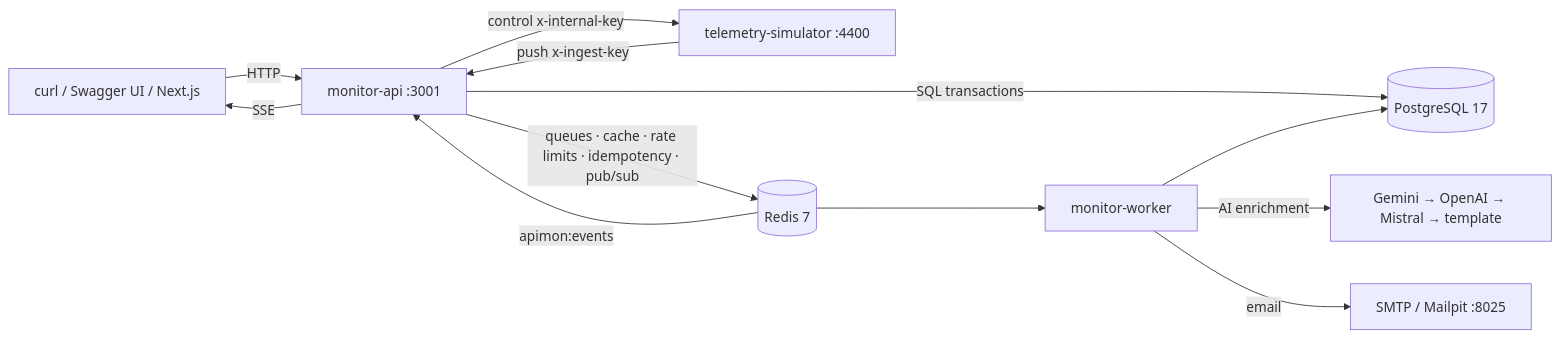
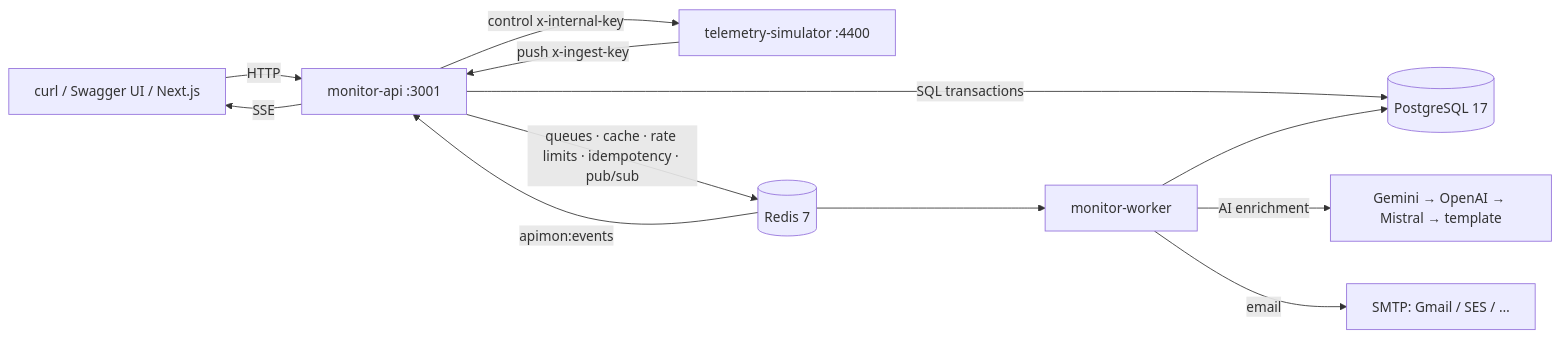
One commit to rimu-7/Intelligent-API-Monitor changed the first of 2 diagrams in README.md. Above: the diagram before and after it, drawn with Mermaid. The commit also changed other lines of this file and 15 other files, not shown here.

First line of the commit message:
chore(email): remove Mailpit; make email opt-in with a real SMTP server

````diff
--- a/README.md
+++ b/README.md
@@ -28,14 +28,14 @@
 ```mermaid
 flowchart LR
   client[curl / Swagger UI / Next.js] -->|HTTP| api[monitor-api :3001]
   sim[telemetry-simulator :4400] -->|push x-ingest-key| api
   api -->|control x-internal-key| sim
   api -->|SQL transactions| pg[(PostgreSQL 17)]
   api -->|queues · cache · rate limits · idempotency · pub/sub| redis[(Redis 7)]
   redis --> worker[monitor-worker]
   worker --> pg
   worker -->|AI enrichment| llm[Gemini → OpenAI → Mistral → template]
-  worker -->|email| smtp[SMTP / Mailpit :8025]
+  worker -->|email| smtp[SMTP: Gmail / SES / …]
   redis -->|apimon:events| api
   api -->|SSE| client
 ```
````
